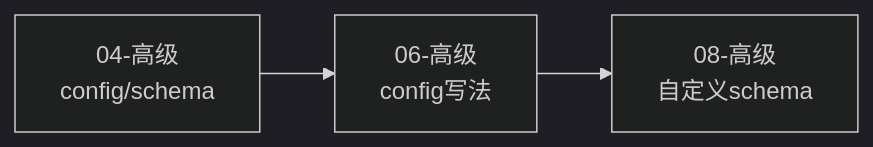
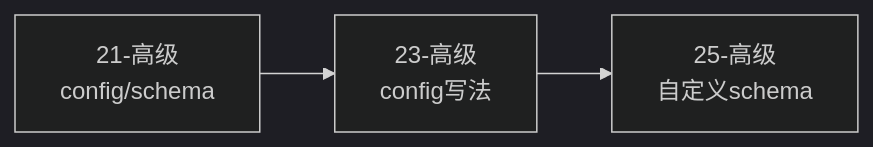
One commit to ethan-jiang-3/OpenSpec changed the sixth of 8 diagrams in _openspec_handbook/00-index.md. Above: the diagram before and after it, drawn with Mermaid (dark theme). The commit also changed other lines of this file and 41 other files, not shown here.

````diff
--- a/_openspec_handbook/00-index.md
+++ b/_openspec_handbook/00-index.md
@@ -184,5 +185,5 @@
 ```mermaid
 graph LR
-    A[04-高级<br/>config/schema] --> B[06-高级<br/>config写法]
-    B --> C[08-高级<br/>自定义schema]
+    A[21-高级<br/>config/schema] --> B[23-高级<br/>config写法]
+    B --> C[25-高级<br/>自定义schema]
 ```
````
